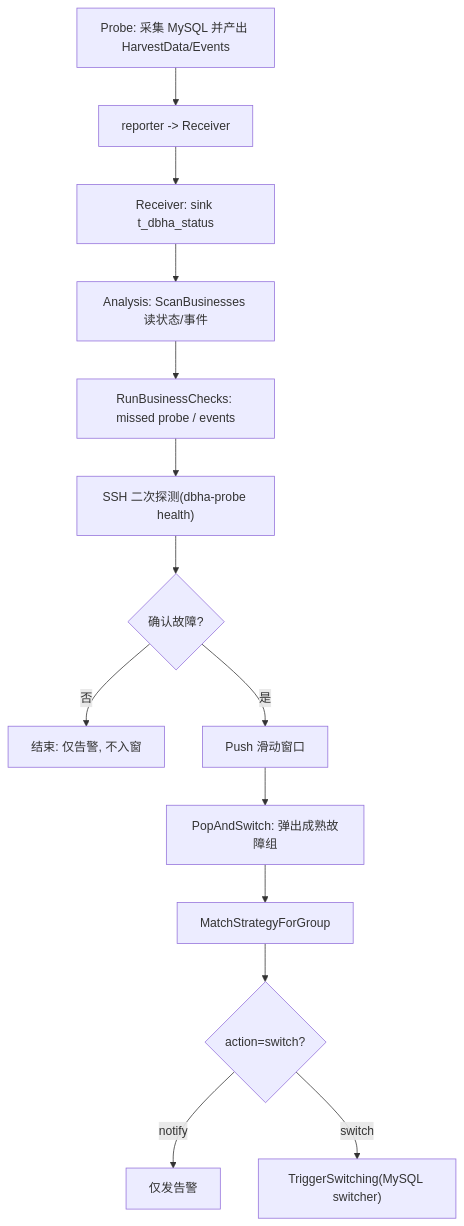
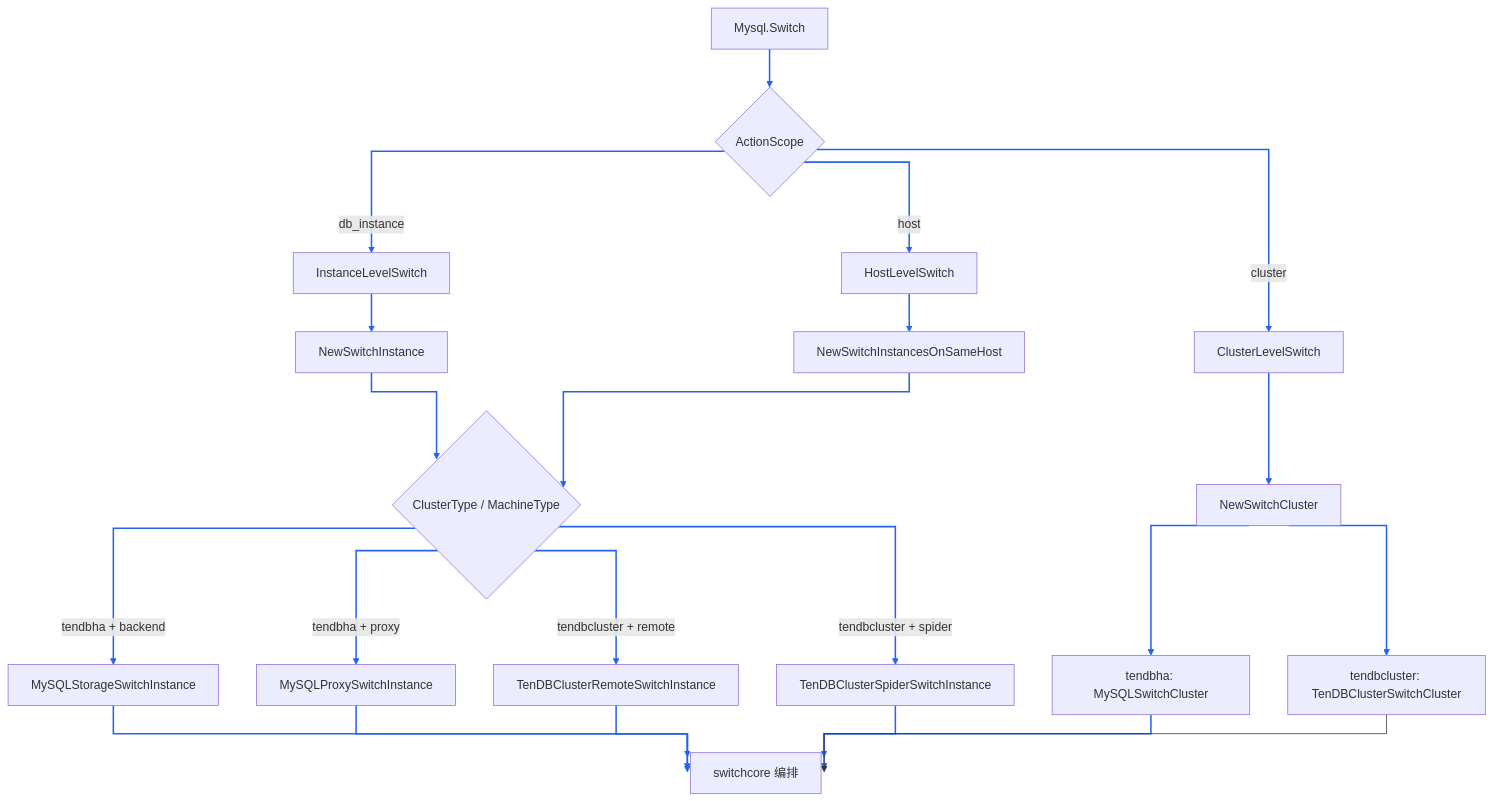
One commit to TencentBlueKing/blueking-dbm changed the fourth of 6 diagrams in dbm-services/common/dbha-v2/docs/detection/mysql-detection-design.md. Above: the diagram before and after it, drawn with Mermaid. The commit also changed other lines of this file and 8 other files, not shown here.

Commit message:
docs(dbha-v2): refine enter-window docs and Mermaid flowcharts. issue: #19000

````diff
--- a/dbm-services/common/dbha-v2/docs/detection/mysql-detection-design.md
+++ b/dbm-services/common/dbha-v2/docs/detection/mysql-detection-design.md
@@ -203,16 +339,31 @@
 ```mermaid
+---
+config:
+  flowchart:
+    curve: stepAfter
+---
 flowchart TD
-  harvest["Probe: 采集 MySQL 并产出 HarvestData/Events"] --> report["reporter -> Receiver"]
-  report --> sink["Receiver: sink t_dbha_status"]
-  sink --> scan["Analysis: ScanBusinesses 读状态/事件"]
-  scan --> check["RunBusinessChecks: missed probe / events"]
-  check --> ssh["SSH 二次探测(dbha-probe health)"]
-  ssh --> confirm{"确认故障?"}
-  confirm -->|"否"| stop["结束: 仅告警, 不入窗"]
-  confirm -->|"是"| window["Push 滑动窗口"]
-  window --> pop["PopAndSwitch: 弹出成熟故障组"]
-  pop --> strategy["MatchStrategyForGroup"]
-  strategy --> hit{"action=switch?"}
-  hit -->|"notify"| notify["仅发告警"]
-  hit -->|"switch"| trigger["TriggerSwitching(MySQL switcher)"]
+  switch["Mysql.Switch"] --> scope{"ActionScope"}
+  scope -->|"db_instance"| inst["InstanceLevelSwitch"]
+  scope -->|"host"| host["HostLevelSwitch"]
+  scope -->|"cluster"| cluster["ClusterLevelSwitch"]
+  inst --> factory["NewSwitchInstance"]
+  host --> factoryHost["NewSwitchInstancesOnSameHost"]
+  cluster --> factoryCluster["NewSwitchCluster"]
+  factory --> ct{"ClusterType / MachineType"}
+  factoryHost --> ct
+  factoryCluster --> ctHaC["tendbha: MySQLSwitchCluster"]
+  factoryCluster --> ctTcC["tendbcluster: TenDBClusterSwitchCluster"]
+  ct -->|"tendbha + backend"| haBackend["MySQLStorageSwitchInstance"]
+  ct -->|"tendbha + proxy"| haProxy["MySQLProxySwitchInstance"]
+  ct -->|"tendbcluster + remote"| tcRemote["TenDBClusterRemoteSwitchInstance"]
+  ct -->|"tendbcluster + spider"| tcSpider["TenDBClusterSpiderSwitchInstance"]
+  haBackend --> core["switchcore 编排"]
+  haProxy --> core
+  tcRemote --> core
+  tcSpider --> core
+  ctHaC --> core
+  ctTcC --> core
+
+  linkStyle 0,1,2,3,4,5,6,7,8,9,10,11,12,13,14,15,16,17,18,19 stroke:#2563eb,stroke-width:2px
 ```
````
